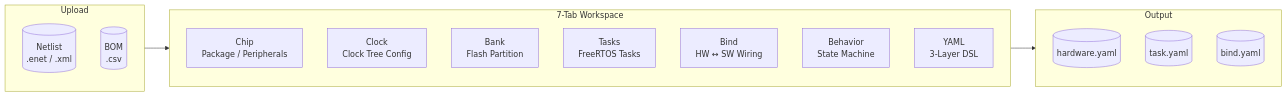
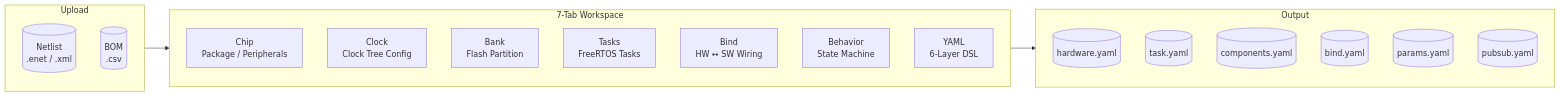
One commit to jinliangliu/hw2c-web changed the first of 2 diagrams in README.md. Above: the diagram before and after it, drawn with Mermaid. The commit also changed other lines of this file and 25 other files, not shown here.

````diff
--- a/README.md
+++ b/README.md
@@ -15,25 +15,28 @@
 ```mermaid
 flowchart LR
     subgraph Input["Upload"]
         A1[("Netlist<br>.enet / .xml")]
         A2[("BOM<br>.csv")]
     end
 
     subgraph Tabs["7-Tab Workspace"]
         B1["Chip<br>Package / Peripherals"]
         B2["Clock<br>Clock Tree Config"]
         B3["Bank<br>Flash Partition"]
         B4["Tasks<br>FreeRTOS Tasks"]
         B5["Bind<br>HW ↔ SW Wiring"]
         B6["Behavior<br>State Machine"]
-        B7["YAML<br>3-Layer DSL"]
+        B7["YAML<br>6-Layer DSL"]
     end
 
     subgraph Output["Output"]
         C1[("hardware.yaml")]
         C2[("task.yaml")]
-        C3[("bind.yaml")]
+        C3[("components.yaml")]
+        C4[("bind.yaml")]
+        C5[("params.yaml")]
+        C6[("pubsub.yaml")]
     end
 
     Input --> Tabs --> Output
 ```
````
